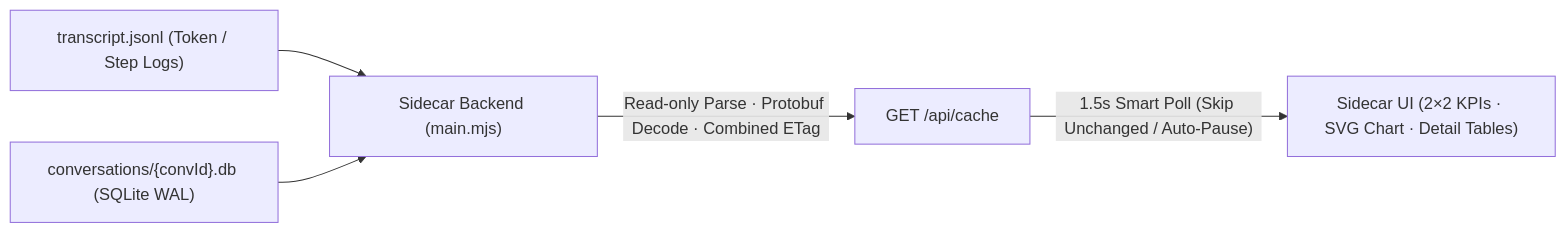
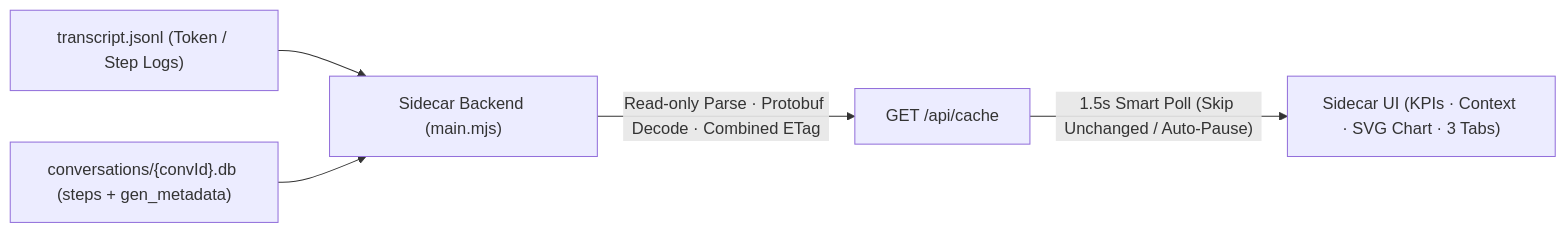
Before and after one commit to sjmdsky/antigravity-cache-monitor: the diagram in README.md, drawn with Mermaid. The commit also changed other lines of this file and 7 other files, not shown here.

````diff
--- a/README.md
+++ b/README.md
@@ -137,7 +152,7 @@
 ```mermaid
 flowchart LR
   A["transcript.jsonl (Token / Step Logs)"] --> C["Sidecar Backend (main.mjs)"]
-  B["conversations/{convId}.db (SQLite WAL)"] --> C
+  B["conversations/{convId}.db (steps + gen_metadata)"] --> C
   C -->|"Read-only Parse · Protobuf Decode · Combined ETag"| D["GET /api/cache"]
-  D -->|"1.5s Smart Poll (Skip Unchanged / Auto-Pause)"| E["Sidecar UI (2×2 KPIs · SVG Chart · Detail Tables)"]
+  D -->|"1.5s Smart Poll (Skip Unchanged / Auto-Pause)"| E["Sidecar UI (KPIs · Context · SVG Chart · 3 Tabs)"]
 ```
````
